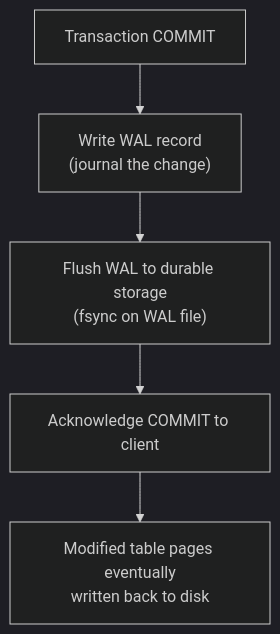
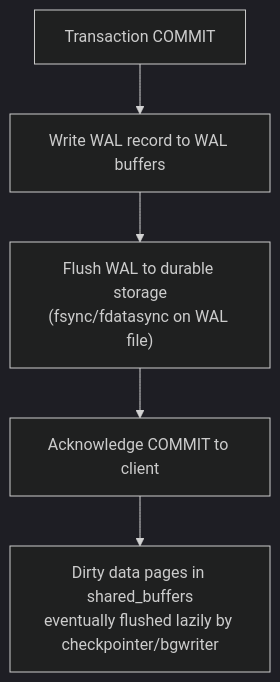
Diagram 12 of 16 in Backend-engineering/2-Communication-patterns/2-Async-and-Sync-Execution/1.Async-Sync-Execution.md (Patel-Neel-346/Notes), drawn with Mermaid (dark theme) before and after one commit. The commit also changed other lines of this file and 1 other file, not shown here.

````diff
--- a/Backend-engineering/2-Communication-patterns/2-Async-and-Sync-Execution/1.Async-Sync-Execution.md
+++ b/Backend-engineering/2-Communication-patterns/2-Async-and-Sync-Execution/1.Async-Sync-Execution.md
@@ -1031,7 +1019,7 @@
 ```mermaid
 flowchart TD
-    TX["Transaction COMMIT"] --> WAL["Write WAL record\n(journal the change)"]
-    WAL --> FLUSH["Flush WAL to durable storage\n(fsync on WAL file)"]
+    TX["Transaction COMMIT"] --> WAL["Write WAL record to WAL buffers"]
+    WAL --> FLUSH["Flush WAL to durable storage\n(fsync/fdatasync on WAL file)"]
     FLUSH --> ACK["Acknowledge COMMIT to client"]
-    ACK --> HEAP["Modified table pages eventually\nwritten back to disk"]
+    ACK --> HEAP["Dirty data pages in shared_buffers\neventually flushed lazily by checkpointer/bgwriter"]
 ```
````
